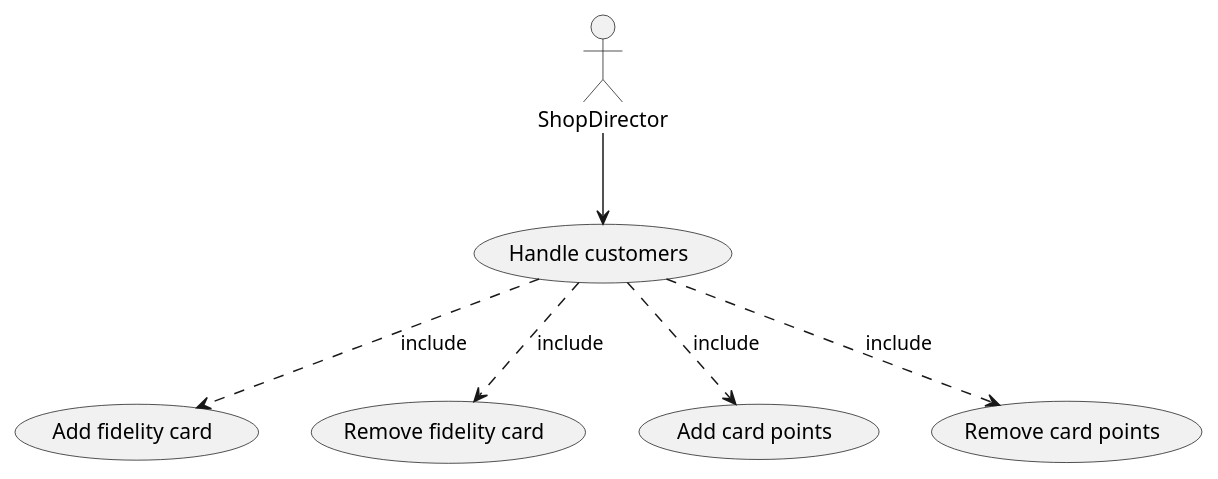
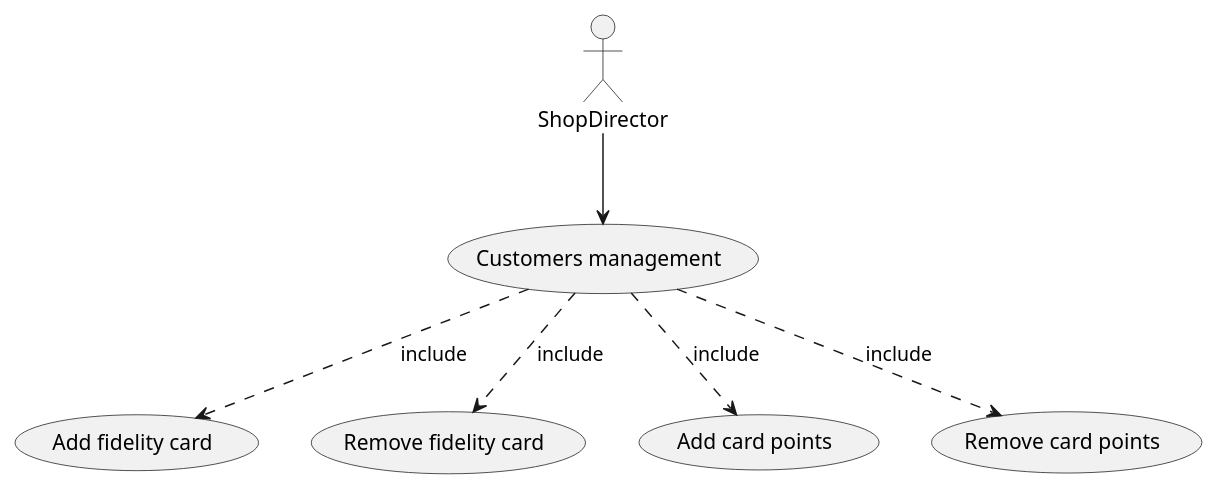
The fifth of 9 diagrams in Deliverables/RequirementsDocument.md (Stormz4/group20-EzShop), drawn with PlantUML before and after one commit. The commit also changed other lines of this file, not shown here.

````diff
--- a/Deliverables/RequirementsDocument.md
+++ b/Deliverables/RequirementsDocument.md
@@ -321,11 +321,11 @@
 ```plantuml
 @startuml
 
-:ShopDirector: --> (Handle customers)
-(Handle customers) ..> (Add fidelity card) : include
-(Handle customers) ..> (Remove fidelity card) : include
-(Handle customers) ..> (Add card points) : include
-(Handle customers) ..> (Remove card points) : include
+:ShopDirector: --> (Customers management)
+(Customers management) ..> (Add fidelity card) : include
+(Customers management) ..> (Remove fidelity card) : include
+(Customers management) ..> (Add card points) : include
+(Customers management) ..> (Remove card points) : include
 
 @enduml
 ```
````
